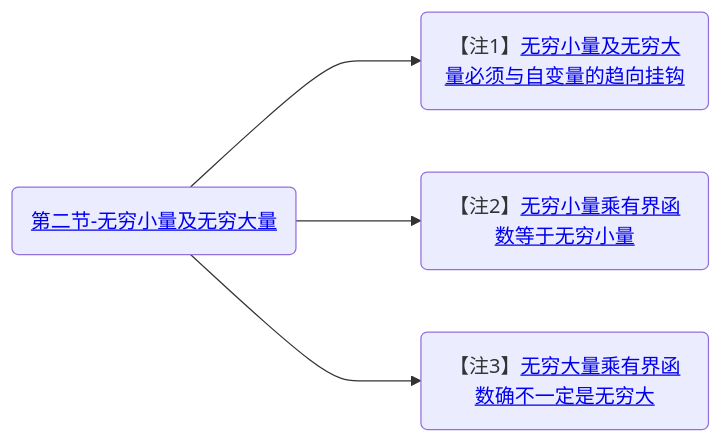
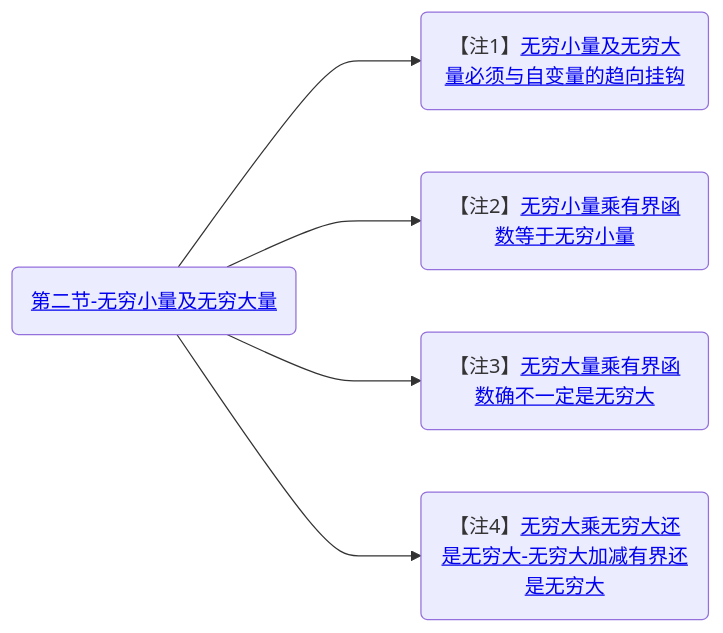
Before and after one commit to yuebinghui/note: the second of 2 diagrams in 笔记/数学/周洋鑫/基础班/00.大纲.md, drawn with Mermaid. The commit also changed 9 other files, not shown here.

````diff
--- a/笔记/数学/周洋鑫/基础班/00.大纲.md
+++ b/笔记/数学/周洋鑫/基础班/00.大纲.md
@@ -40,11 +40,12 @@
 ```mermaid
 graph LR
 
 第二节-无穷小量及无穷大量(<a href="/Users/yuebinghui/Documents/program/github/note/笔记/数学/周洋鑫/基础班/02.无穷小量及无穷大量.md#第二节-无穷小量及无穷大量">第二节-无穷小量及无穷大量</>)
 
 第二节-无穷小量及无穷大量--->无穷小量及无穷大量必须与自变量的趋向挂钩(【注1】<a href="/Users/yuebinghui/Documents/program/github/note/笔记/数学/周洋鑫/基础班/02.无穷小量及无穷大量.md#无穷小量及无穷大量必须与自变量的趋向挂钩">无穷小量及无穷大量必须与自变量的趋向挂钩</>)
 第二节-无穷小量及无穷大量--->无穷小量乘有界函数等于无穷小量(【注2】<a href="/Users/yuebinghui/Documents/program/github/note/笔记/数学/周洋鑫/基础班/02.无穷小量及无穷大量.md#无穷小量乘有界函数等于无穷小量">无穷小量乘有界函数等于无穷小量</>)
 第二节-无穷小量及无穷大量--->无穷大量乘有界函数确不一定是无穷大(【注3】<a href="/Users/yuebinghui/Documents/program/github/note/笔记/数学/周洋鑫/基础班/02.无穷小量及无穷大量.md#无穷大量乘有界函数确不一定是无穷大">无穷大量乘有界函数确不一定是无穷大</>)
+第二节-无穷小量及无穷大量--->无穷大乘无穷大还是无穷大-无穷大加减有界还是无穷大(【注4】<a href="/Users/yuebinghui/Documents/program/github/note/笔记/数学/周洋鑫/基础班/02.无穷小量及无穷大量.md#无穷大乘无穷大还是无穷大-无穷大加减有界还是无穷大">无穷大乘无穷大还是无穷大-无穷大加减有界还是无穷大</>)
 
 
 ```
````
